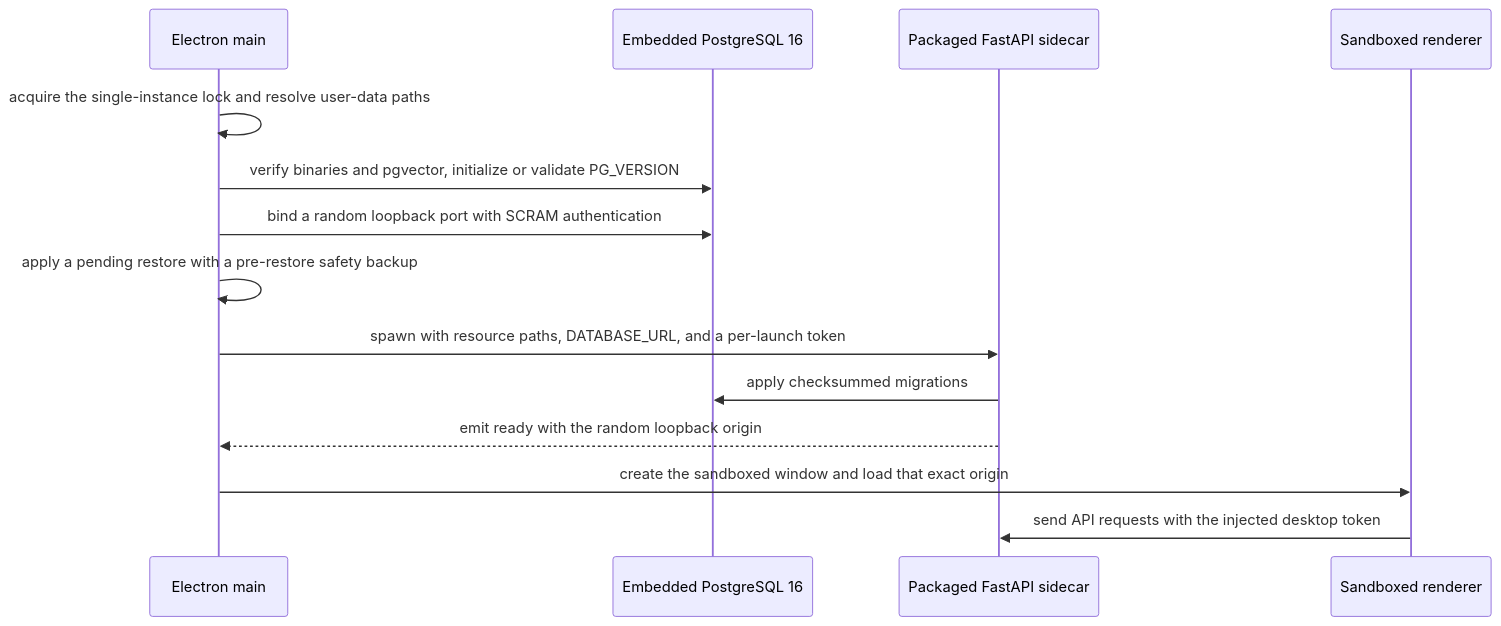
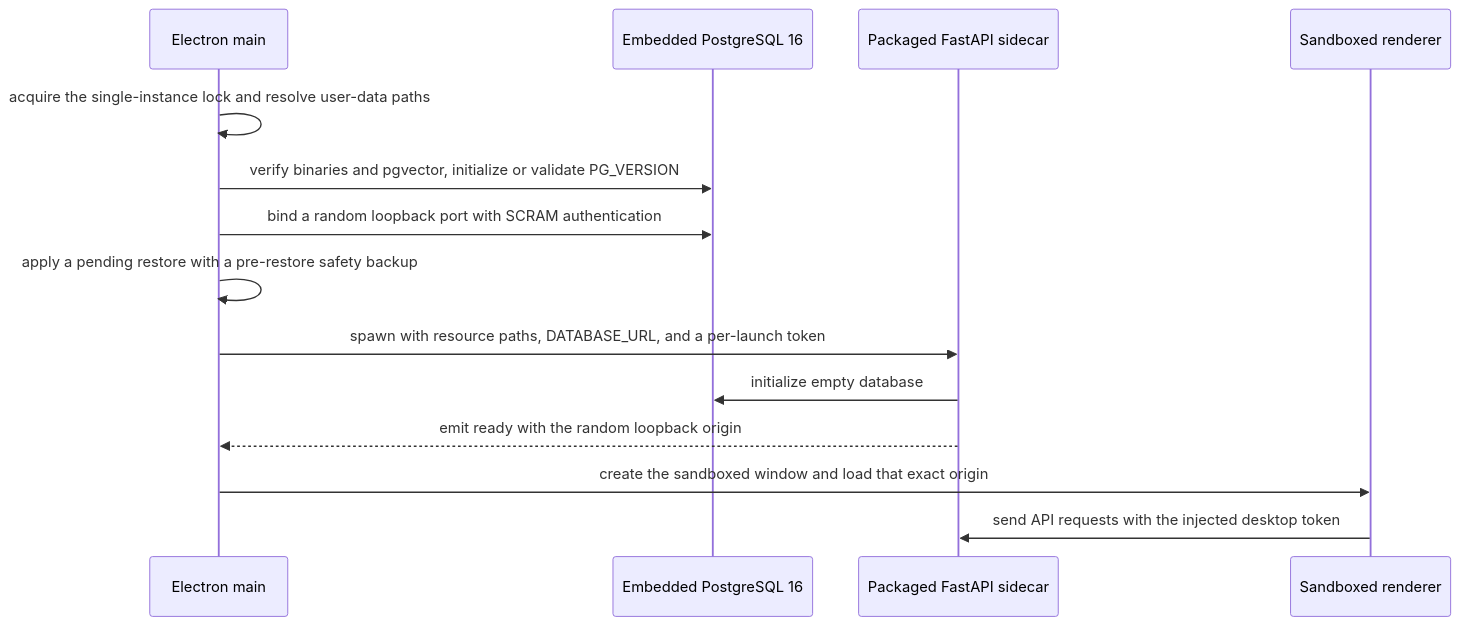
One commit to KaiusJin/WeCanFindIntern changed the second of 9 diagrams in docs/TECHNICAL_DOCUMENTATION.md. Above: the diagram before and after it, drawn with Mermaid. The commit also changed other lines of this file and 54 other files, not shown here.

````diff
--- a/docs/TECHNICAL_DOCUMENTATION.md
+++ b/docs/TECHNICAL_DOCUMENTATION.md
@@ -95,16 +95,16 @@
 ```mermaid
 sequenceDiagram
     participant E as Electron main
     participant P as Embedded PostgreSQL 16
     participant B as Packaged FastAPI sidecar
     participant R as Sandboxed renderer
     E->>E: acquire the single-instance lock and resolve user-data paths
     E->>P: verify binaries and pgvector, initialize or validate PG_VERSION
     E->>P: bind a random loopback port with SCRAM authentication
     E->>E: apply a pending restore with a pre-restore safety backup
     E->>B: spawn with resource paths, DATABASE_URL, and a per-launch token
-    B->>P: apply checksummed migrations
+    B->>P: initialize empty database
     B-->>E: emit ready with the random loopback origin
     E->>R: create the sandboxed window and load that exact origin
     R->>B: send API requests with the injected desktop token
 ```
````
